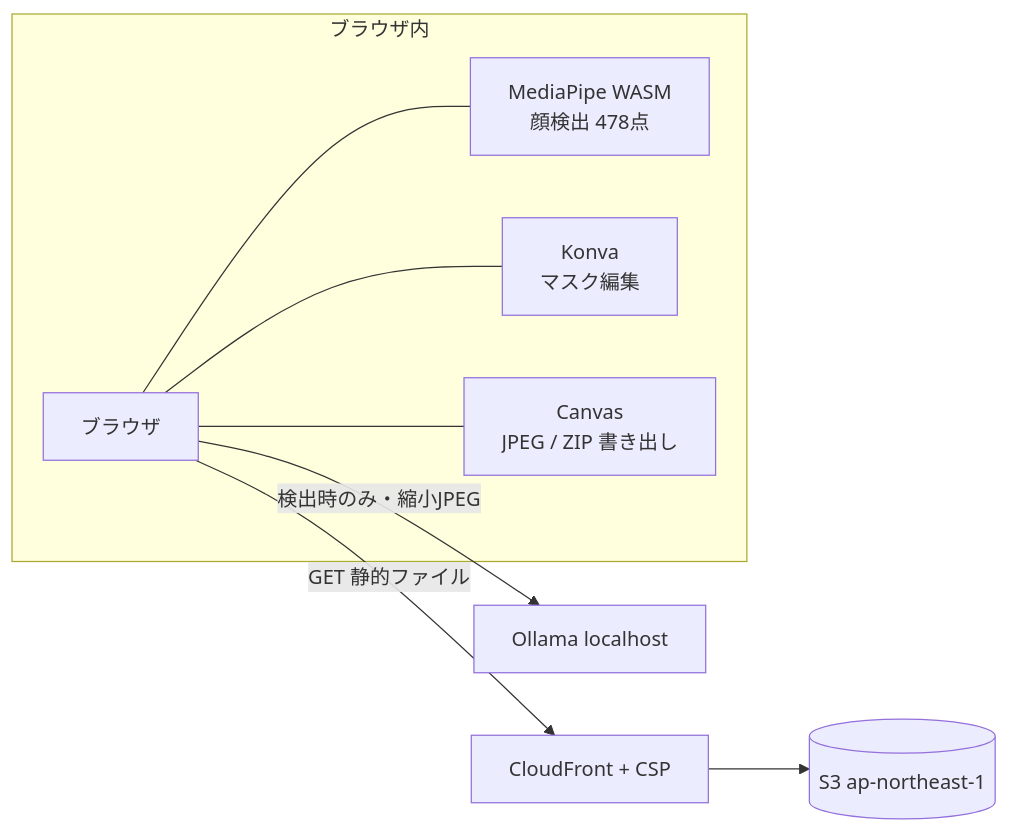
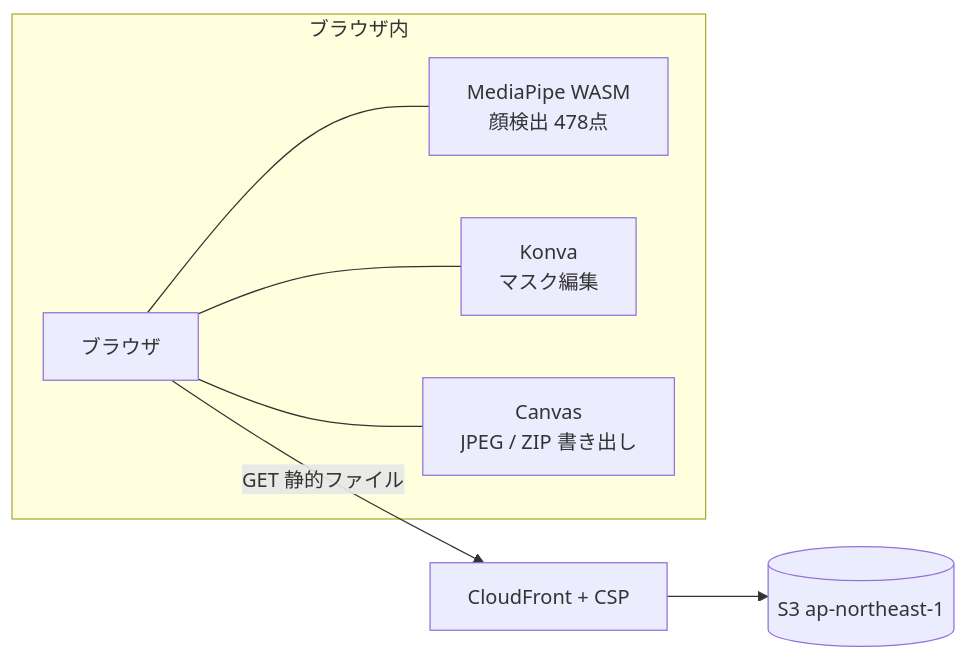
Before and after one commit to okamoto53515606/rm: the diagram in README.md, drawn with Mermaid. The commit also changed other lines of this file and 6 other files, not shown here.

````diff
--- a/README.md
+++ b/README.md
@@ -130,11 +118,10 @@
 ```mermaid
 flowchart LR
   U[ブラウザ] -->|GET 静的ファイル| CF[CloudFront + CSP]
   CF --> S3[(S3 ap-northeast-1)]
-  U -->|検出時のみ・縮小JPEG| O[Ollama localhost]
   subgraph ブラウザ内
     U --- W[MediaPipe WASM<br/>顔検出 478点]
     U --- C[Konva<br/>マスク編集]
     U --- Z[Canvas<br/>JPEG / ZIP 書き出し]
   end
 ```
````
